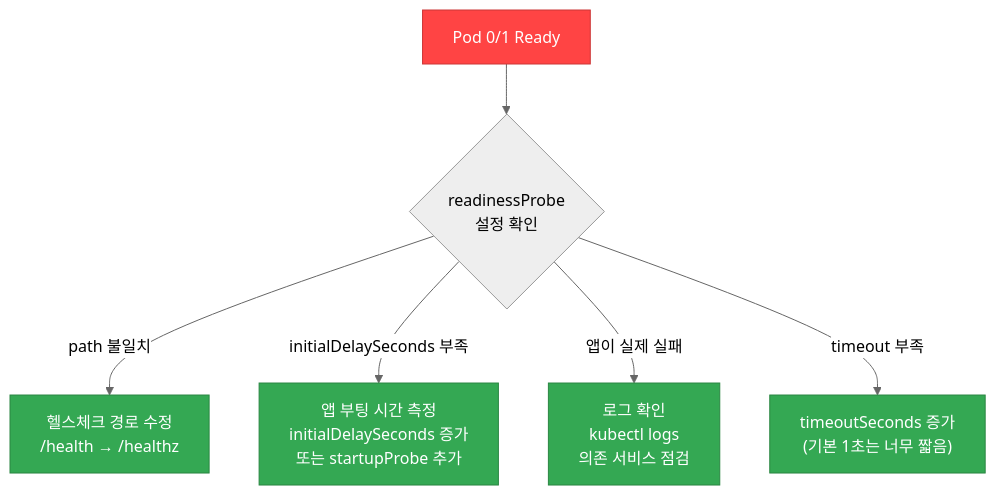
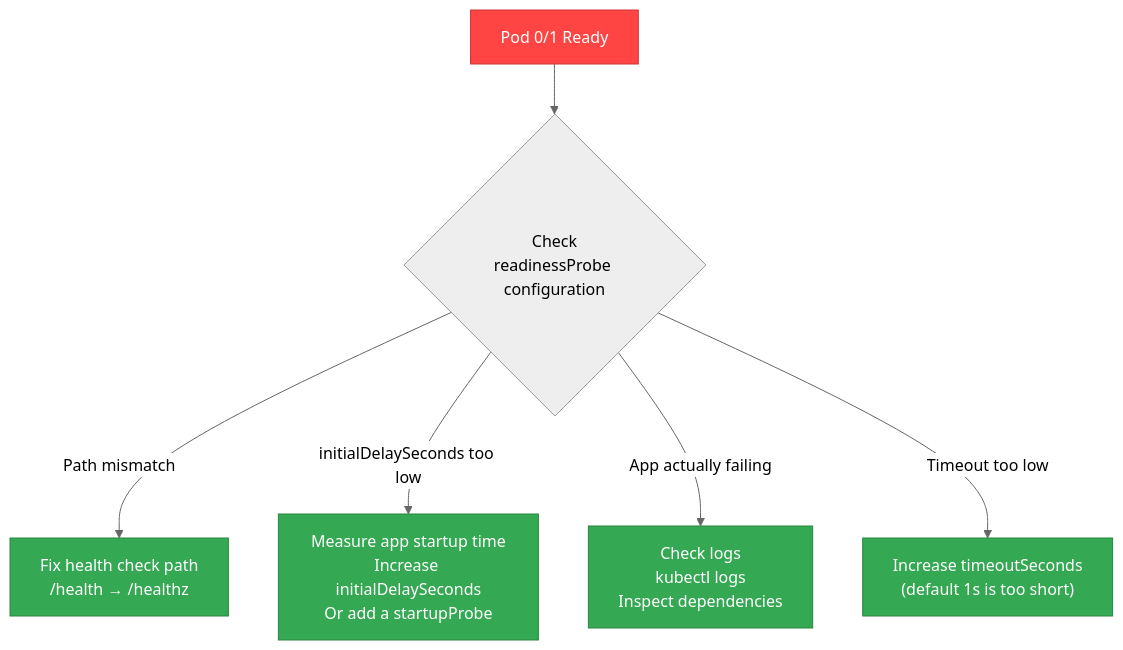
One commit to devfloor9/engineering-playbook changed the second of 3 diagrams in docs/eks-best-practices/operations-reliability/eks-debugging/workload.md. Above: the diagram before and after it, drawn with Mermaid (neutral theme). The commit also changed other lines of this file and 954 other files, not shown here.

````diff
--- a/docs/eks-best-practices/operations-reliability/eks-debugging/workload.md
+++ b/docs/eks-best-practices/operations-reliability/eks-debugging/workload.md
@@ -145,25 +144,25 @@
 ```mermaid
 flowchart TD
-    NOTREADY["`Pod 0/1 Ready`"] --> CHECK_PROBE{"`readinessProbe
-    설정 확인`"}
+    NOTREADY["`Pod 0/1 Ready`"] --> CHECK_PROBE{"`Check
+    readinessProbe configuration`"}
 
-    CHECK_PROBE -->|path 불일치| FIX_PATH["`헬스체크 경로 수정
+    CHECK_PROBE -->|Path mismatch| FIX_PATH["`Fix health check path
     /health → /healthz`"]
 
-    CHECK_PROBE -->|initialDelaySeconds 부족| FIX_DELAY["`앱 부팅 시간 측정
-    initialDelaySeconds 증가
-    또는 startupProbe 추가`"]
+    CHECK_PROBE -->|initialDelaySeconds too low| FIX_DELAY["`Measure app startup time
+    Increase initialDelaySeconds
+    Or add a startupProbe`"]
 
-    CHECK_PROBE -->|앱이 실제 실패| FIX_APP["`로그 확인
+    CHECK_PROBE -->|App actually failing| FIX_APP["`Check logs
     kubectl logs <pod>
-    의존 서비스 점검`"]
+    Inspect dependencies`"]
 
-    CHECK_PROBE -->|timeout 부족| FIX_TIMEOUT["`timeoutSeconds 증가
-    (기본 1초는 너무 짧음)`"]
+    CHECK_PROBE -->|Timeout too low| FIX_TIMEOUT["`Increase timeoutSeconds
+    (default 1s is too short)`"]
 
     style NOTREADY fill:#ff4444,stroke:#cc3636,color:#fff
     style FIX_PATH fill:#34a853,stroke:#2a8642,color:#fff
     style FIX_DELAY fill:#34a853,stroke:#2a8642,color:#fff
     style FIX_APP fill:#34a853,stroke:#2a8642,color:#fff
     style FIX_TIMEOUT fill:#34a853,stroke:#2a8642,color:#fff
 ```
````
